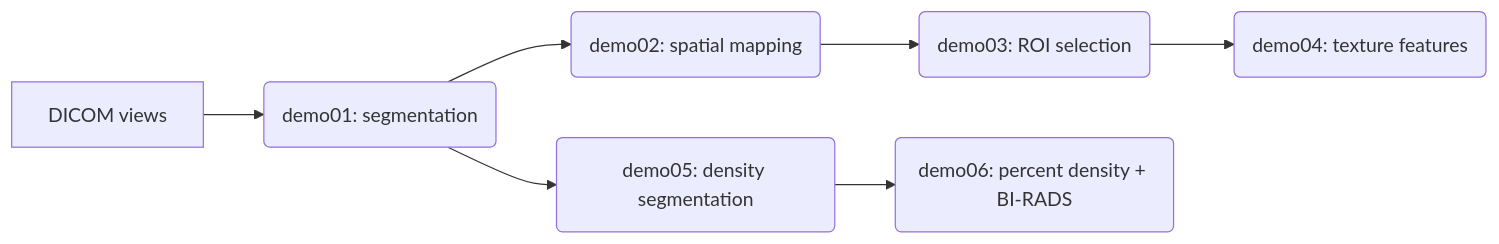
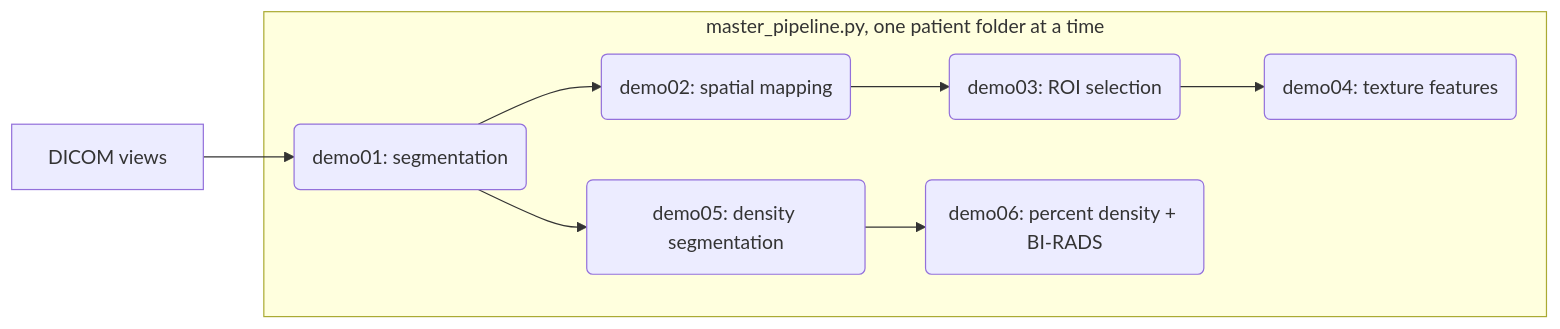
The diagram in README.md (ZainabPervaiz-cloud/breast-radiomics), drawn with Mermaid before and after one commit. The commit also changed other lines of this file and 1 other file, not shown here.

Commit message:
add master pipeline orchestrator to run all demos per patient, document full pipeline usage

````diff
--- a/README.md
+++ b/README.md
@@ -38,9 +38,17 @@
 ```mermaid
 flowchart LR
     A[DICOM views] --> B(demo01: segmentation)
     B --> C(demo02: spatial mapping)
     C --> D(demo03: ROI selection)
     D --> E(demo04: texture features)
     B --> F(demo05: density segmentation)
     F --> G(demo06: percent density + BI-RADS)
+    subgraph "master_pipeline.py, one patient folder at a time"
+    B
+    C
+    D
+    E
+    F
+    G
+    end
 ```
````
